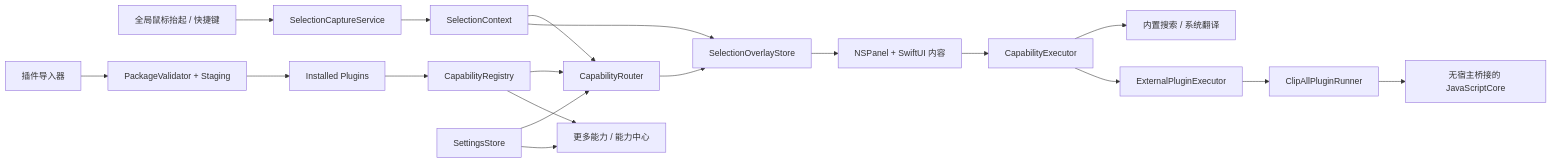
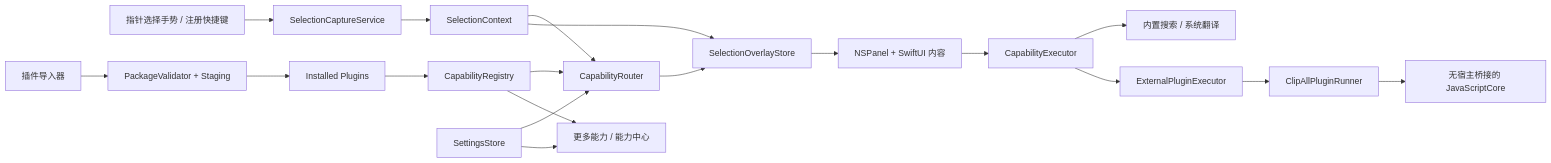
One commit to leo-wxy/ClipAll changed the diagram in .trellis/tasks/08-09-capability-surfacing/design.md. Above: the diagram before and after it, drawn with Mermaid. The commit also changed other lines of this file and 7 other files, not shown here.

````diff
--- a/.trellis/tasks/08-09-capability-surfacing/design.md
+++ b/.trellis/tasks/08-09-capability-surfacing/design.md
@@ -32,21 +32,21 @@
 ```mermaid
 flowchart LR
-    E["全局鼠标抬起 / 快捷键"] --> C["SelectionCaptureService"]
+    E["指针选择手势 / 注册快捷键"] --> C["SelectionCaptureService"]
     C --> X["SelectionContext"]
     X --> R["CapabilityRouter"]
     G["CapabilityRegistry"] --> R
     S["SettingsStore"] --> R
     R --> O["SelectionOverlayStore"]
     X --> O
     O --> P["NSPanel + SwiftUI 内容"]
     P --> D["CapabilityExecutor"]
     D --> B["内置搜索 / 系统翻译"]
     D --> H["ExternalPluginExecutor"]
     H --> Q["ClipAllPluginRunner"]
     Q --> J["无宿主桥接的 JavaScriptCore"]
     I["插件导入器"] --> V["PackageValidator + Staging"]
     V --> K["Installed Plugins"]
     K --> G
     G --> M["更多能力 / 能力中心"]
     S --> M
 ```
````
